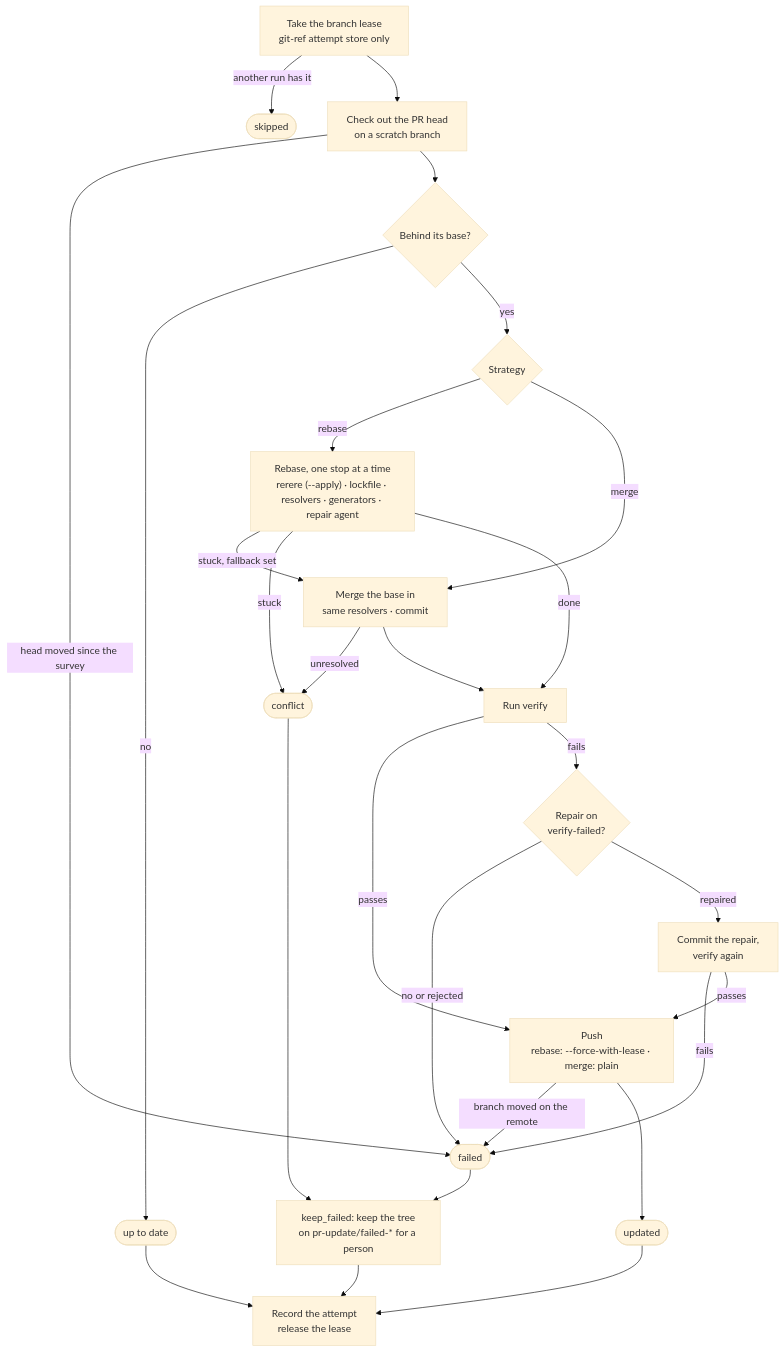
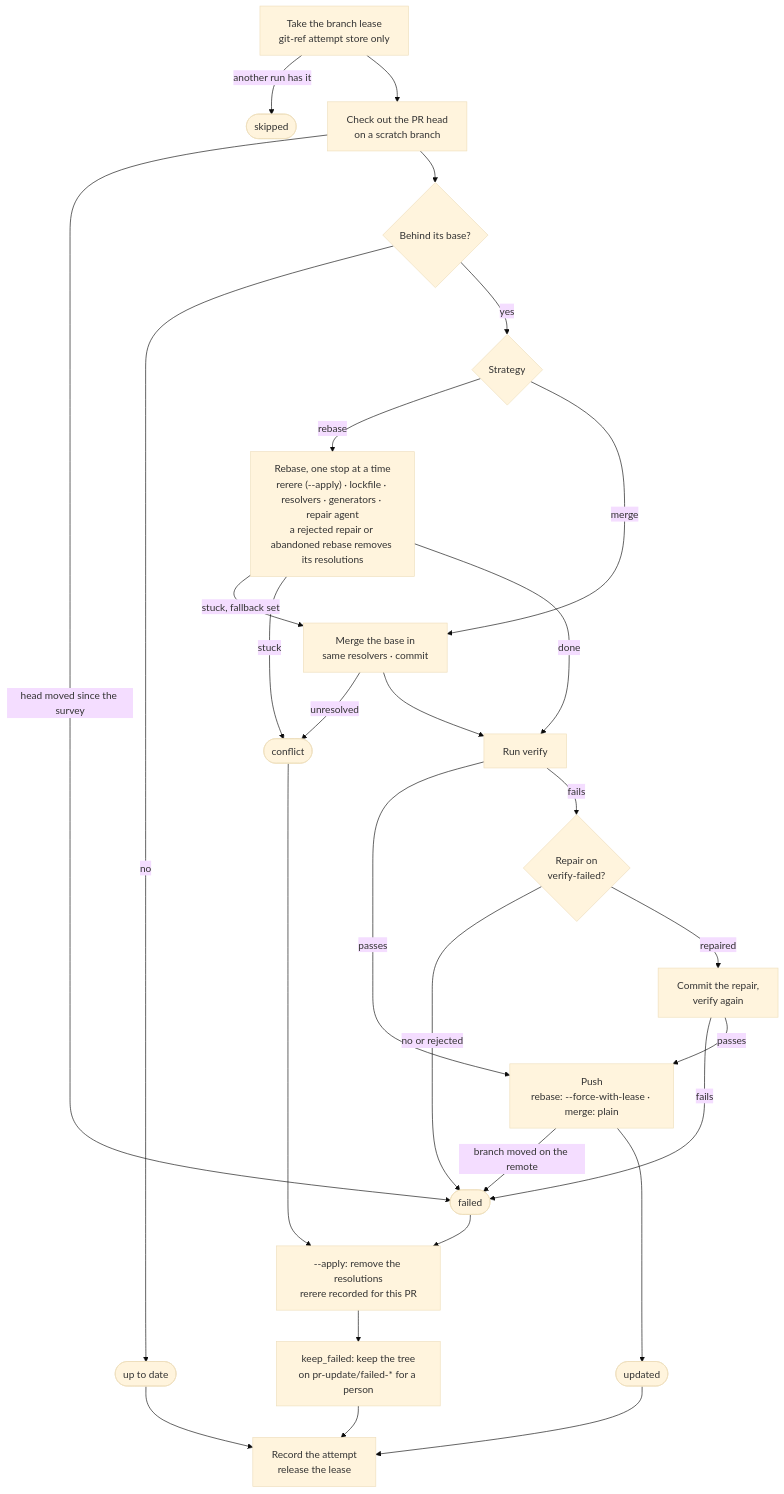
The second of 2 diagrams in packages/ts/pr-update/docs/guide/architecture.md (osdlc/osdlc), drawn with Mermaid (base theme) before and after one commit. The commit also changed other lines of this file, not shown here.

First line of the commit message:
docs(pr-update): architecture guide matches the end of S12

````diff
--- a/packages/ts/pr-update/docs/guide/architecture.md
+++ b/packages/ts/pr-update/docs/guide/architecture.md
@@ -70,29 +72,30 @@
 ```mermaid
 flowchart TD
   lease["Take the branch lease<br/>git-ref attempt store only"] -->|another run has it| s1(["skipped"])
   lease --> co["Check out the PR head<br/>on a scratch branch"]
   co -->|head moved since the survey| f(["failed"])
   co --> bh{"Behind its base?"}
   bh -->|no| up(["up to date"])
   bh -->|yes| st{"Strategy"}
-  st -->|rebase| rb["Rebase, one stop at a time<br/>rerere (--apply) · lockfile · resolvers · generators · repair agent"]
+  st -->|rebase| rb["Rebase, one stop at a time<br/>rerere (--apply) · lockfile · resolvers · generators · repair agent<br/>a rejected repair or abandoned rebase removes its resolutions"]
   rb -->|stuck, fallback set| mg
   rb -->|stuck| cf(["conflict"])
   st -->|merge| mg["Merge the base in<br/>same resolvers · commit"]
   mg -->|unresolved| cf
   rb -->|done| v
   mg --> v["Run verify"]
   v -->|passes| push["Push<br/>rebase: --force-with-lease · merge: plain"]
   v -->|fails| rp{"Repair on<br/>verify-failed?"}
   rp -->|no or rejected| f
   rp -->|repaired| v2["Commit the repair,<br/>verify again"]
   v2 -->|fails| f
   v2 -->|passes| push
   push -->|branch moved on the remote| f
   push --> upd(["updated"])
-  f --> keep["keep_failed: keep the tree<br/>on pr-update/failed-* for a person"]
-  cf --> keep
+  f --> drop["--apply: remove the resolutions<br/>rerere recorded for this PR"]
+  cf --> drop
+  drop --> keep["keep_failed: keep the tree<br/>on pr-update/failed-* for a person"]
   upd --> rec["Record the attempt<br/>release the lease"]
   up --> rec
   keep --> rec
 ```
````
